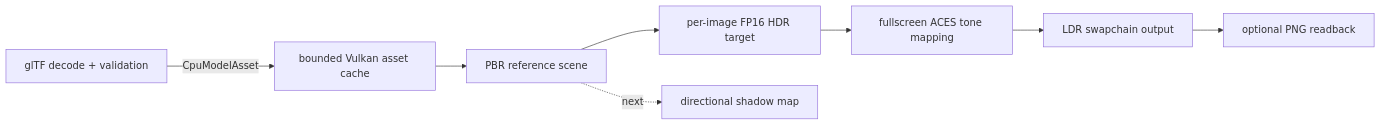
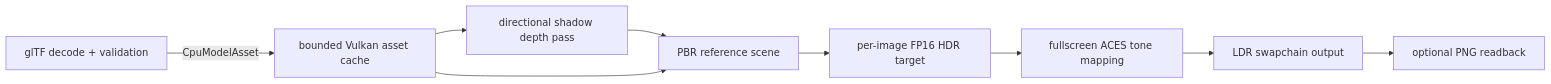
One commit to LarpingAgent/Project3.6k changed the diagram in docs/rendering/vulkan-pipeline.md. Above: the diagram before and after it, drawn with Mermaid. The commit also changed other lines of this file and 14 other files, not shown here.

````diff
--- a/docs/rendering/vulkan-pipeline.md
+++ b/docs/rendering/vulkan-pipeline.md
@@ -21,10 +21,11 @@
 ```mermaid
 flowchart LR
   CPU[glTF decode + validation] -->|CpuModelAsset| GPU[bounded Vulkan asset cache]
-  GPU --> Scene[PBR reference scene]
+  GPU --> Shadow[directional shadow depth pass]
+  Shadow --> Scene[PBR reference scene]
+  GPU --> Scene
   Scene --> HDR[per-image FP16 HDR target]
   HDR --> ToneMap[fullscreen ACES tone mapping]
   ToneMap --> LDR[LDR swapchain output]
   LDR --> Capture[optional PNG readback]
-  Scene -. next .-> Shadow[directional shadow map]
 ```
````
